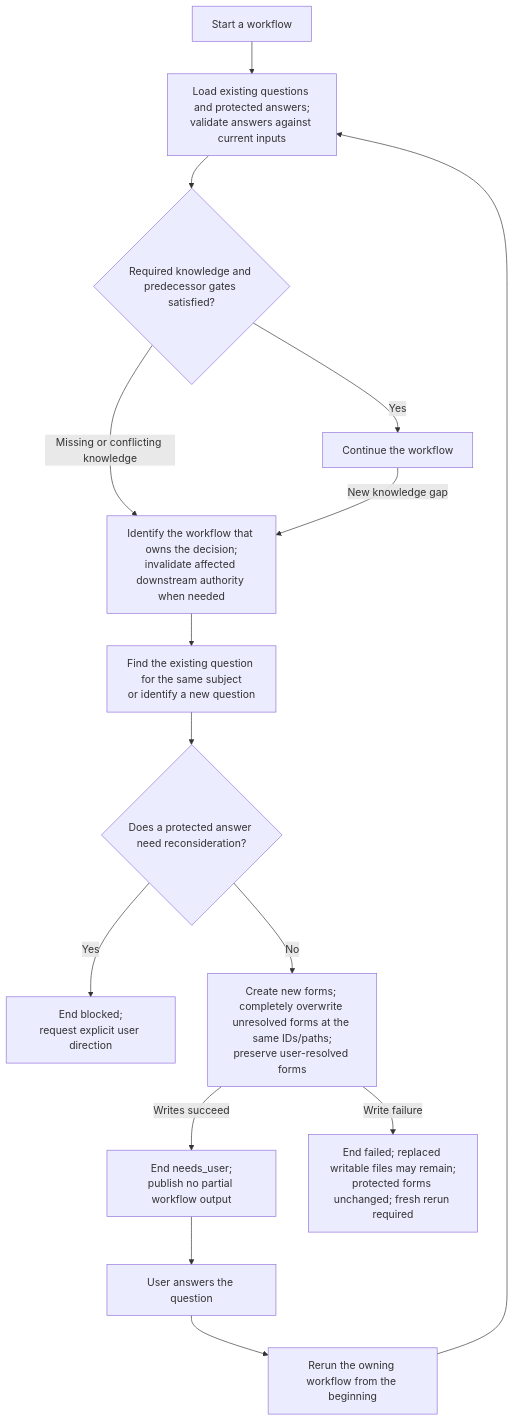
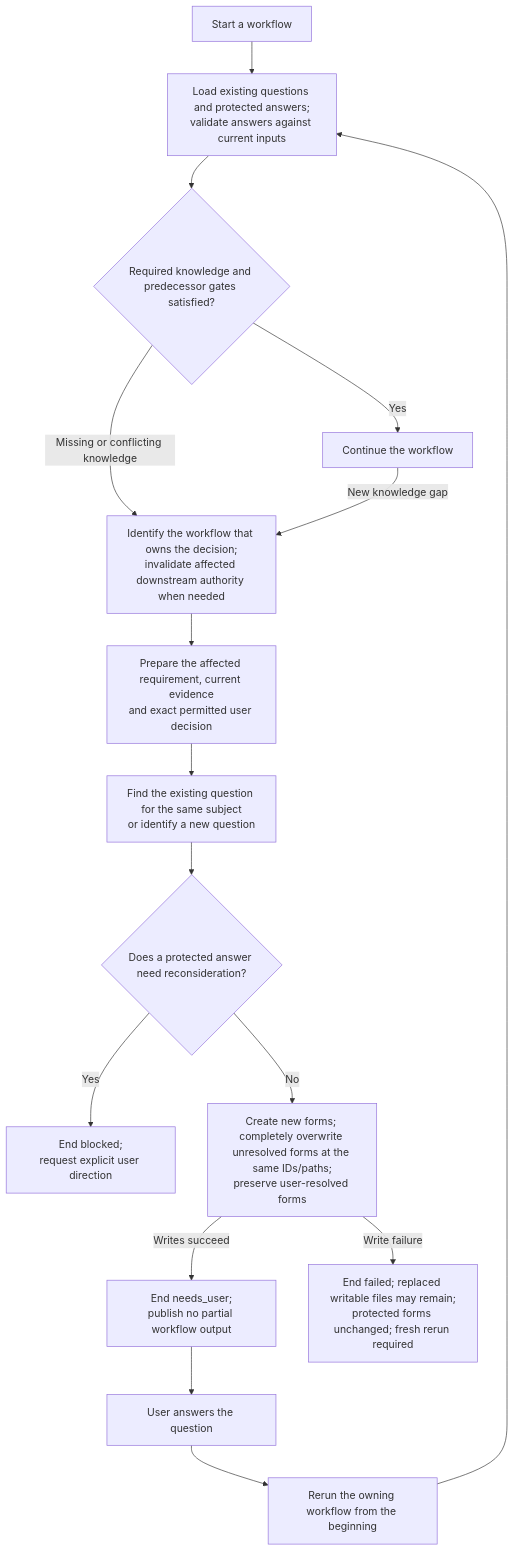
Before and after one commit to littledespot/sdde: the diagram in design/diagrams/07-clarification-lifecycle.md, drawn with Mermaid. The commit also changed other lines of this file and 20 other files, not shown here.

````diff
--- a/design/diagrams/07-clarification-lifecycle.md
+++ b/design/diagrams/07-clarification-lifecycle.md
@@ -3,17 +3,18 @@
 ```mermaid
 flowchart TD
     START["Start a workflow"] --> LOAD["Load existing questions and protected answers;<br/>validate answers against current inputs"]
     LOAD --> GATE{"Required knowledge and predecessor gates satisfied?"}
     GATE -->|Yes| RUN["Continue the workflow"]
     GATE -->|Missing or conflicting knowledge| OWNER["Identify the workflow that owns the decision;<br/>invalidate affected downstream authority when needed"]
     RUN -->|New knowledge gap| OWNER
-    OWNER --> SUBJECT["Find the existing question for the same subject<br/>or identify a new question"]
+    OWNER --> PREPARE["Prepare the affected requirement, current evidence<br/>and exact permitted user decision"]
+    PREPARE --> SUBJECT["Find the existing question for the same subject<br/>or identify a new question"]
     SUBJECT --> PROTECTED{"Does a protected answer need reconsideration?"}
     PROTECTED -->|Yes| BLOCKED["End blocked;<br/>request explicit user direction"]
     PROTECTED -->|No| SAVE["Create new forms; completely overwrite unresolved forms at the same IDs/paths;<br/>preserve user-resolved forms"]
     SAVE -->|Writes succeed| WAIT["End needs_user;<br/>publish no partial workflow output"]
     SAVE -->|Write failure| FAIL["End failed; replaced writable files may remain;<br/>protected forms unchanged; fresh rerun required"]
     WAIT --> USER["User answers the question"]
     USER --> RERUN["Rerun the owning workflow from the beginning"]
     RERUN --> LOAD
 ```
````
